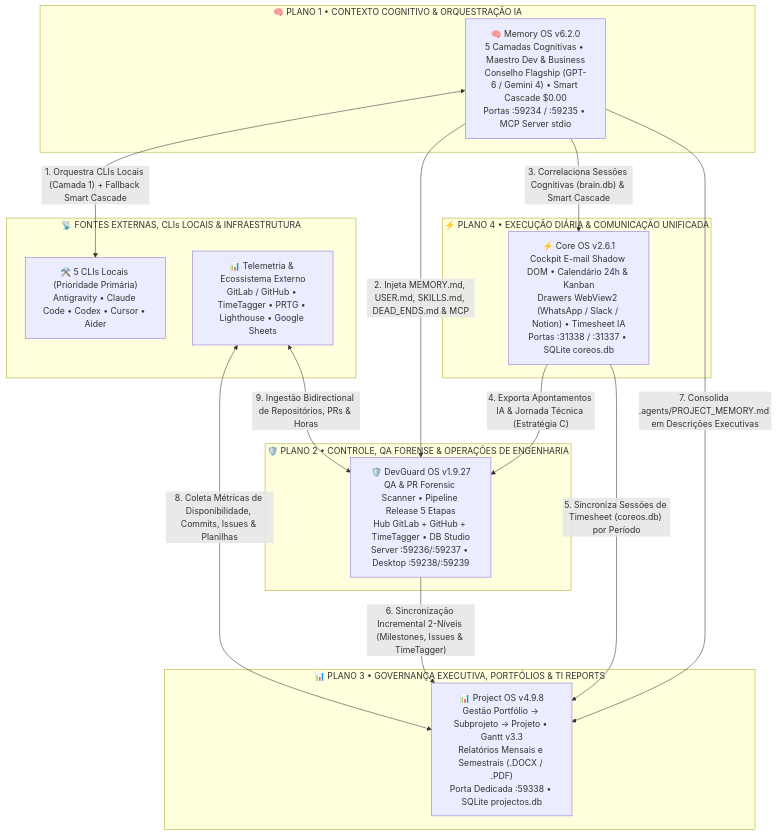
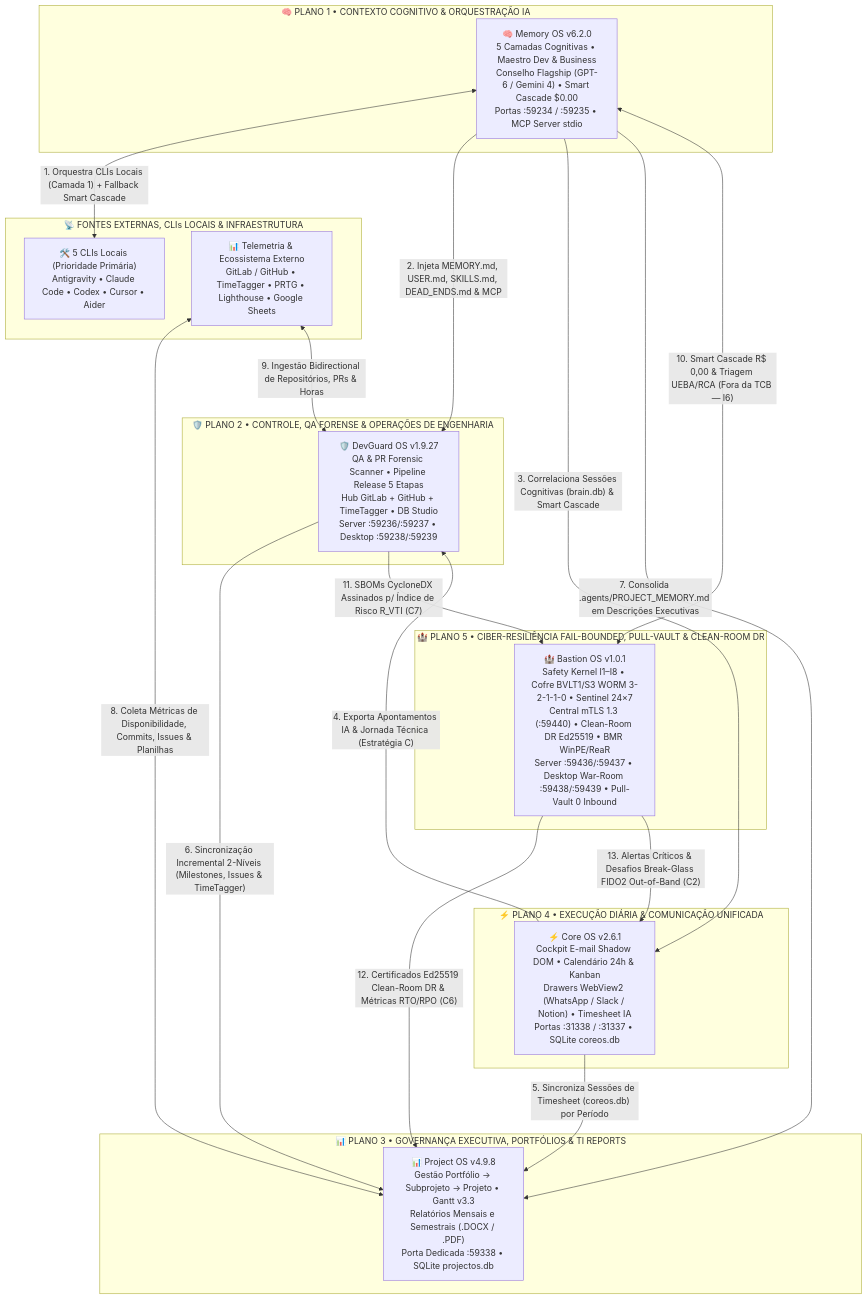
The diagram in profile/README.md (ProjectOS-system/.github), drawn with Mermaid before and after one commit. The commit also changed other lines of this file and 1 other file, not shown here.

Commit message:
docs(ecosystem): add Bastion OS v1.0.1 (5th Architectural Plane) to VTI OS SYSTEM organization README

````diff
--- a/profile/README.md
+++ b/profile/README.md
@@ -36,33 +38,41 @@
 ```mermaid
 flowchart TD
     subgraph P1["🧠 PLANO 1 • CONTEXTO COGNITIVO & ORQUESTRAÇÃO IA"]
         MOS["🧠 Memory OS v6.2.0<br/>5 Camadas Cognitivas • Maestro Dev & Business<br/>Conselho Flagship (GPT-6 / Gemini 4) • Smart Cascade $0.00<br/>Portas :59234 / :59235 • MCP Server stdio"]
     end
 
     subgraph P4["⚡ PLANO 4 • EXECUÇÃO DIÁRIA & COMUNICAÇÃO UNIFICADA"]
         COS["⚡ Core OS v2.6.1<br/>Cockpit E-mail Shadow DOM • Calendário 24h & Kanban<br/>Drawers WebView2 (WhatsApp / Slack / Notion) • Timesheet IA<br/>Portas :31338 / :31337 • SQLite coreos.db"]
     end
 
     subgraph P2["🛡️ PLANO 2 • CONTROLE, QA FORENSE & OPERAÇÕES DE ENGENHARIA"]
         DG["🛡️ DevGuard OS v1.9.27<br/>QA & PR Forensic Scanner • Pipeline Release 5 Etapas<br/>Hub GitLab + GitHub + TimeTagger • DB Studio<br/>Server :59236/:59237 • Desktop :59238/:59239"]
     end
 
     subgraph P3["📊 PLANO 3 • GOVERNANÇA EXECUTIVA, PORTFÓLIOS & TI REPORTS"]
         POS["📊 Project OS v4.9.8<br/>Gestão Portfólio -> Subprojeto -> Projeto • Gantt v3.3<br/>Relatórios Mensais e Semestrais (.DOCX / .PDF)<br/>Porta Dedicada :59338 • SQLite projectos.db"]
     end
 
+    subgraph P5["🏰 PLANO 5 • CIBER-RESILIÊNCIA FAIL-BOUNDED, PULL-VAULT & CLEAN-ROOM DR"]
+        BOS["🏰 Bastion OS v1.0.1<br/>Safety Kernel I1–I8 • Cofre BVLT1/S3 WORM 3-2-1-1-0 • Sentinel 24×7<br/>Central mTLS 1.3 (:59440) • Clean-Room DR Ed25519 • BMR WinPE/ReaR<br/>Server :59436/:59437 • Desktop War-Room :59438/:59439 • Pull-Vault 0 Inbound"]
+    end
+
     subgraph EXT["📡 FONTES EXTERNAS, CLIs LOCAIS & INFRAESTRUTURA"]
         CLIS["🛠️ 5 CLIs Locais (Prioridade Primária)<br/>Antigravity • Claude Code • Codex • Cursor • Aider"]
         OPS["📊 Telemetria & Ecossistema Externo<br/>GitLab / GitHub • TimeTagger • PRTG • Lighthouse • Google Sheets"]
     end
 
     MOS <-->|"1. Orquestra CLIs Locais (Camada 1) + Fallback Smart Cascade"| CLIS
     MOS -->|"2. Injeta MEMORY.md, USER.md, SKILLS.md, DEAD_ENDS.md & MCP"| DG
     MOS -->|"3. Correlaciona Sessões Cognitivas (brain.db) & Smart Cascade"| COS
     COS -->|"4. Exporta Apontamentos IA & Jornada Técnica (Estratégia C)"| DG
     COS -->|"5. Sincroniza Sessões de Timesheet (coreos.db) por Período"| POS
     DG -->|"6. Sincronização Incremental 2-Níveis (Milestones, Issues & TimeTagger)"| POS
     MOS -->|"7. Consolida .agents/PROJECT_MEMORY.md em Descrições Executivas"| POS
     OPS <-->|"8. Coleta Métricas de Disponibilidade, Commits, Issues & Planilhas"| POS
     OPS <-->|"9. Ingestão Bidirectional de Repositórios, PRs & Horas"| DG
+    MOS <-->|"10. Smart Cascade R$ 0,00 & Triagem UEBA/RCA (Fora da TCB — I6)"| BOS
+    DG -->|"11. SBOMs CycloneDX Assinados p/ Índice de Risco R_VTI (C7)"| BOS
+    BOS -->|"12. Certificados Ed25519 Clean-Room DR & Métricas RTO/RPO (C6)"| POS
+    BOS -->|"13. Alertas Críticos & Desafios Break-Glass FIDO2 Out-of-Band (C2)"| COS
 ```
````
